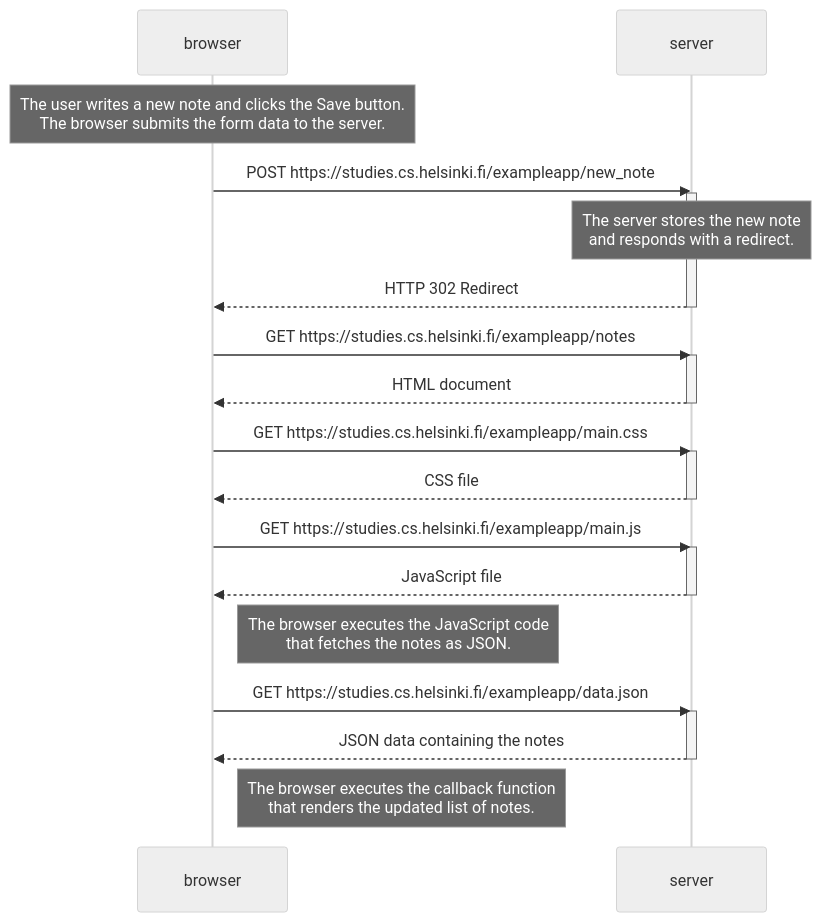
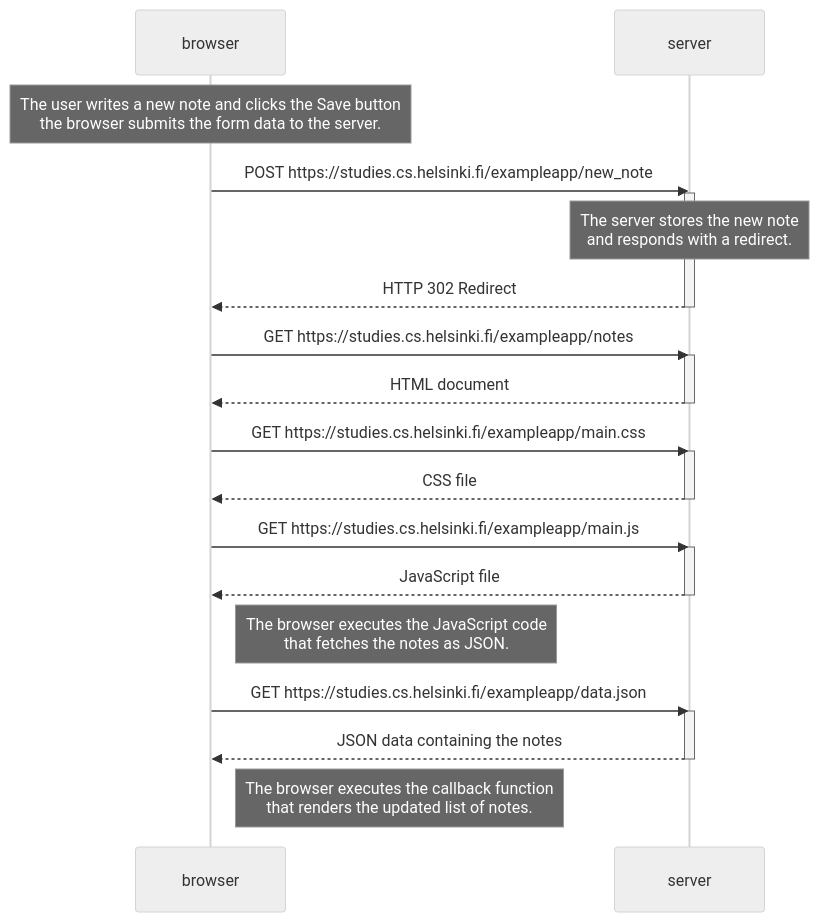
One commit to MoisesAlfar0o/FullStackOpen changed the diagram in part0/0.4.md. Above: the diagram before and after it, drawn with Mermaid (neutral theme). The commit also changed 2 other files, not shown here.

Commit message:
Complete Part 0 exercises

````diff
--- a/part0/0.4.md
+++ b/part0/0.4.md
@@ -1,39 +1,39 @@
 ```mermaid
 sequenceDiagram
     participant browser
     participant server
 
-    Note over browser: The user writes a new note and clicks the Save button.<br/>The browser submits the form data to the server.
+    Note over browser: The user writes a new note and clicks the Save button<br/>the browser submits the form data to the server.
 
     browser->>server: POST https://studies.cs.helsinki.fi/exampleapp/new_note
     activate server
 
     Note over server: The server stores the new note<br/>and responds with a redirect.
 
     server-->>browser: HTTP 302 Redirect
     deactivate server
 
     browser->>server: GET https://studies.cs.helsinki.fi/exampleapp/notes
     activate server
     server-->>browser: HTML document
     deactivate server
 
     browser->>server: GET https://studies.cs.helsinki.fi/exampleapp/main.css
     activate server
     server-->>browser: CSS file
     deactivate server
 
     browser->>server: GET https://studies.cs.helsinki.fi/exampleapp/main.js
     activate server
     server-->>browser: JavaScript file
     deactivate server
 
     Note right of browser: The browser executes the JavaScript code<br/>that fetches the notes as JSON.
 
     browser->>server: GET https://studies.cs.helsinki.fi/exampleapp/data.json
     activate server
     server-->>browser: JSON data containing the notes
     deactivate server
 
     Note right of browser: The browser executes the callback function<br/>that renders the updated list of notes.
 ```
````
